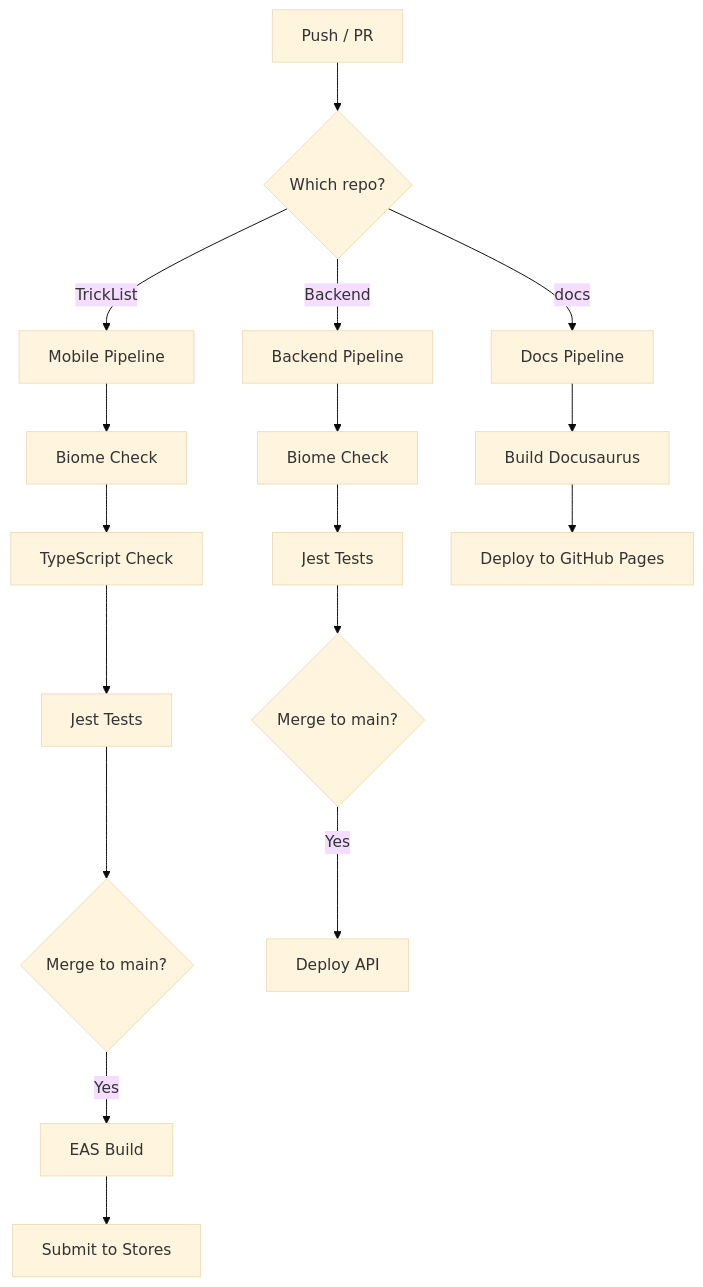
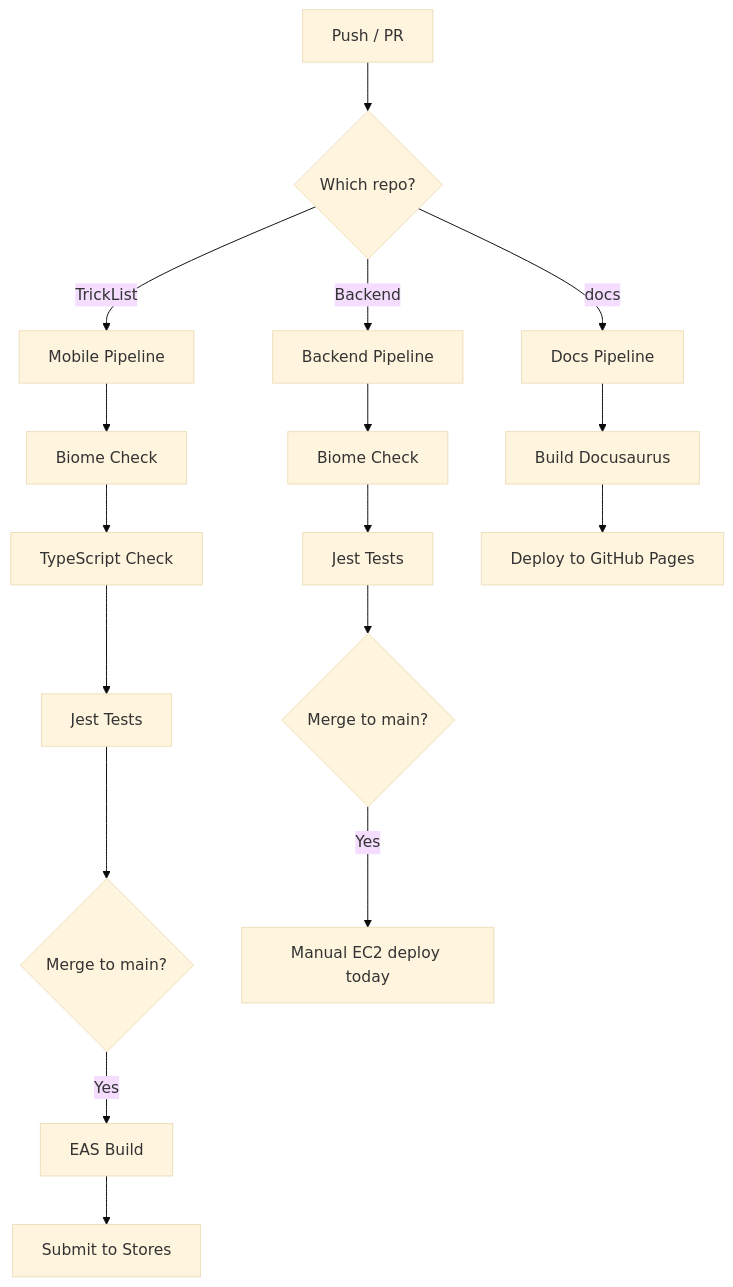
Before and after one commit to wbaxterh/TrickBookDocs: the diagram in docs/deployment/ci-cd.md, drawn with Mermaid (base theme). The commit also changed other lines of this file and 5 other files, not shown here.

````diff
--- a/docs/deployment/ci-cd.md
+++ b/docs/deployment/ci-cd.md
@@ -11,22 +11,22 @@
 ```mermaid
 graph TD
     A[Push / PR] --> B{Which repo?}
     B -->|TrickList| C[Mobile Pipeline]
     B -->|Backend| D[Backend Pipeline]
     B -->|docs| E[Docs Pipeline]
 
     C --> C1[Biome Check]
     C1 --> C2[TypeScript Check]
     C2 --> C3[Jest Tests]
     C3 --> C4{Merge to main?}
     C4 -->|Yes| C5[EAS Build]
     C5 --> C6[Submit to Stores]
 
     D --> D1[Biome Check]
     D1 --> D2[Jest Tests]
     D2 --> D3{Merge to main?}
-    D3 -->|Yes| D4[Deploy API]
+    D3 -->|Yes| D4[Manual EC2 deploy today]
 
     E --> E1[Build Docusaurus]
     E1 --> E2[Deploy to GitHub Pages]
 ```
````
